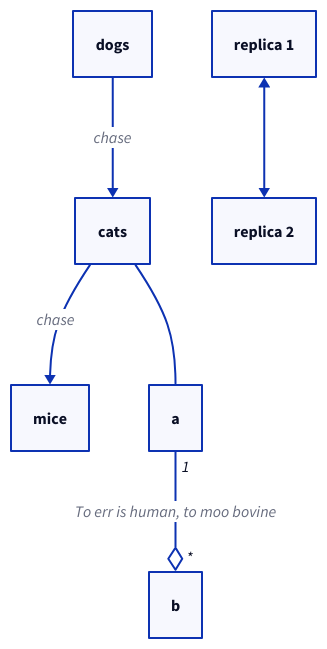
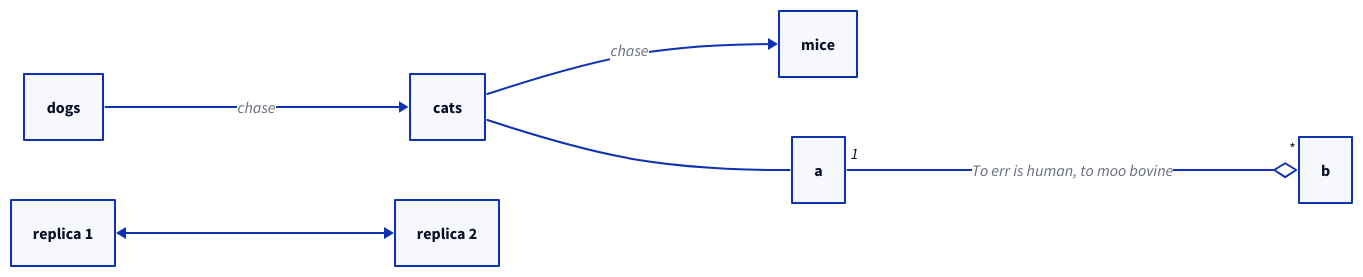
Before and after one commit to indoorvivants/subatomic: the second of 2 diagrams in docs/pages/diagrams.md, drawn with D2. The commit also changed other lines of this file and 9 other files, not shown here.

````diff
--- a/docs/pages/diagrams.md
+++ b/docs/pages/diagrams.md
@@ -60,11 +63,12 @@
 ```d2:sample-2:--layout=elk:--theme=100
+direction: right
 dogs -> cats -> mice: chase
 replica 1 <-> replica 2
 a -> b: To err is human, to moo bovine {
   source-arrowhead: 1
   target-arrowhead: * {
     shape: diamond
   }
 }
 cats -- a
 ```
````
